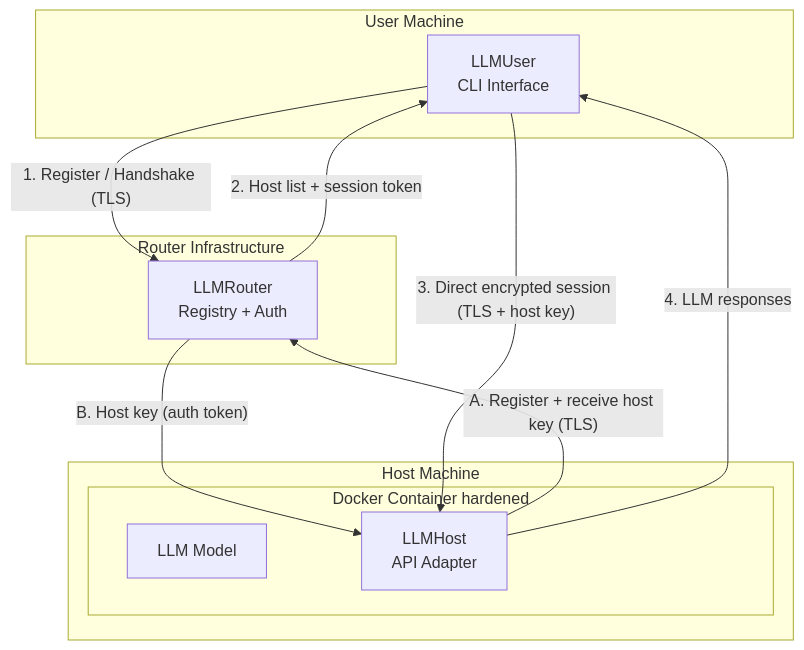
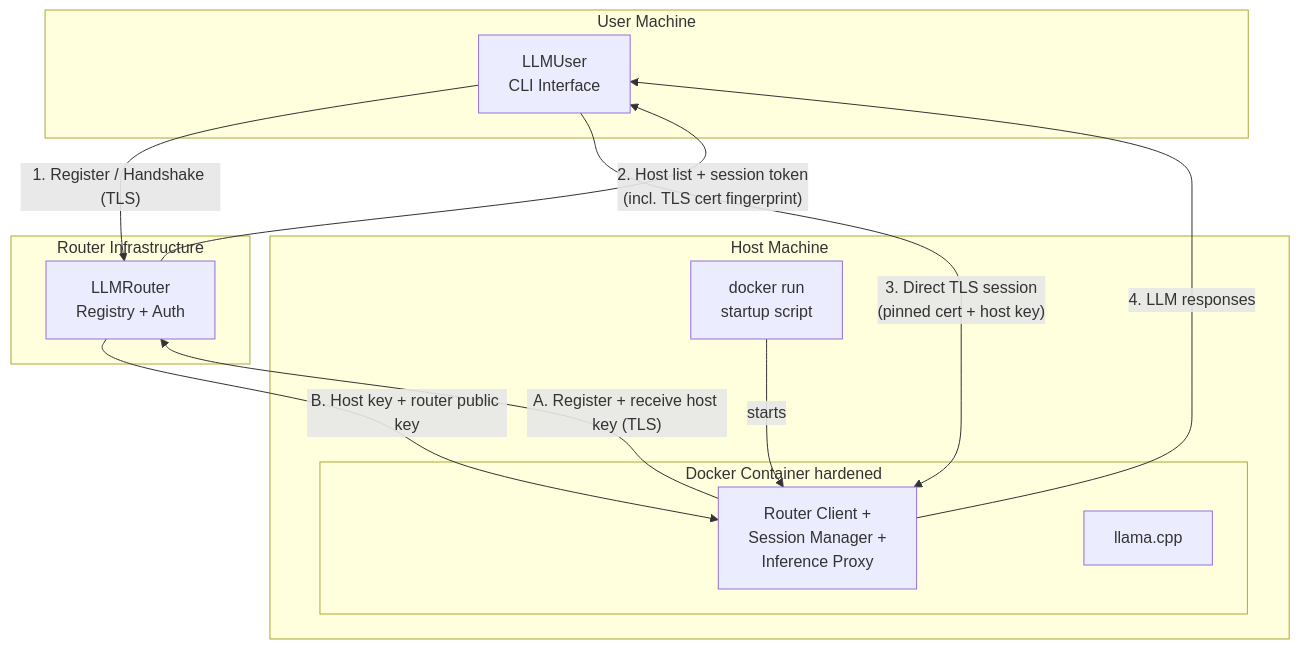
The first of 5 diagrams in docs/architecture_overview.md (MartijnLammaing/ShareGrid), drawn with Mermaid before and after one commit. The commit also changed other lines of this file and 4 other files, not shown here.

Commit message:
init(main): Decided on moving the host Agent logic to inside the docker container

````diff
--- a/docs/architecture_overview.md
+++ b/docs/architecture_overview.md
@@ -25,24 +25,26 @@
 ```mermaid
 graph TB
     subgraph User Machine
         U[LLMUser<br/>CLI Interface]
     end
 
     subgraph Router Infrastructure
         R[LLMRouter<br/>Registry + Auth]
     end
 
     subgraph Host Machine
+        ST[docker run\nstartup script]
         subgraph Docker Container hardened
-            LLM[LLM Model]
-            H[LLMHost<br/>API Adapter]
+            AG[Router Client +\nSession Manager +\nInference Proxy]
+            LLM[llama.cpp]
         end
     end
 
     U -- "1. Register / Handshake (TLS)" --> R
-    R -- "2. Host list + session token" --> U
-    H -- "A. Register + receive host key (TLS)" --> R
-    R -- "B. Host key (auth token)" --> H
-    U -- "3. Direct encrypted session (TLS + host key)" --> H
-    H -- "4. LLM responses" --> U
+    R -- "2. Host list + session token\n(incl. TLS cert fingerprint)" --> U
+    AG -- "A. Register + receive host key (TLS)" --> R
+    R -- "B. Host key + router public key" --> AG
+    U -- "3. Direct TLS session\n(pinned cert + host key)" --> AG
+    AG -- "4. LLM responses" --> U
+    ST -- "starts" --> AG
 ```
````
